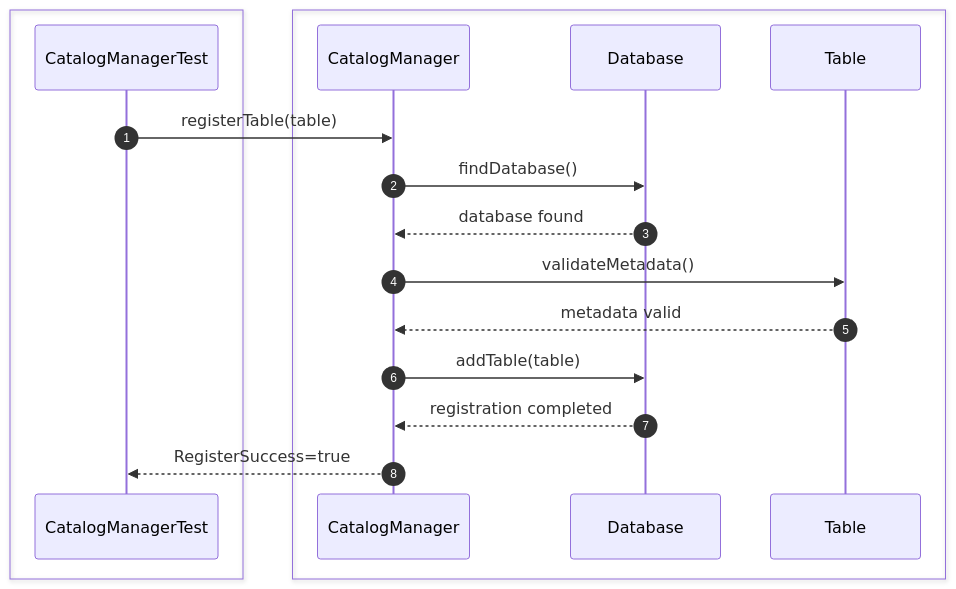
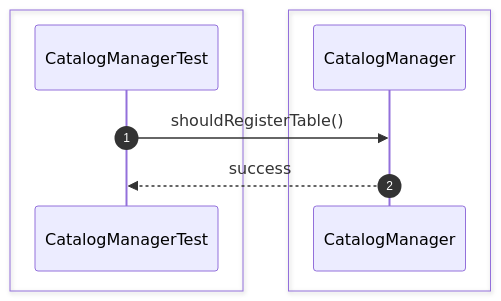
The third of 28 diagrams in src/sequence/catalog.md (Huy1801214/dbms-architecture), drawn with Mermaid before and after one commit. The commit also changed other lines of this file and 68 other files, not shown here.

Commit message:
implement comprehensive unit test suite and architectural sequence documentation

````diff
--- a/src/sequence/catalog.md
+++ b/src/sequence/catalog.md
@@ -49,28 +36,13 @@
 ```mermaid
 sequenceDiagram
     autonumber
     box #e1f5fe Test Suite
     participant Test as CatalogManagerTest
     end
-    box #e8f5e9 Catalog Objects
-    participant Catalog as CatalogManager
-    participant DB as Database
-    participant Tbl as Table
+    box #e8f5e9 CatalogManager Component
+    participant CM as CatalogManager
     end
 
-    Test->>Catalog: registerTable(table)
-
-    Catalog->>DB: findDatabase()
-
-    DB-->>Catalog: database found
-
-    Catalog->>Tbl: validateMetadata()
-
-    Tbl-->>Catalog: metadata valid
-
-    Catalog->>DB: addTable(table)
-
-    DB-->>Catalog: registration completed
-
-    Catalog-->>Test: RegisterSuccess=true
+    Test->>CM: shouldRegisterTable()
+    CM-->>Test: success
 ```
````
